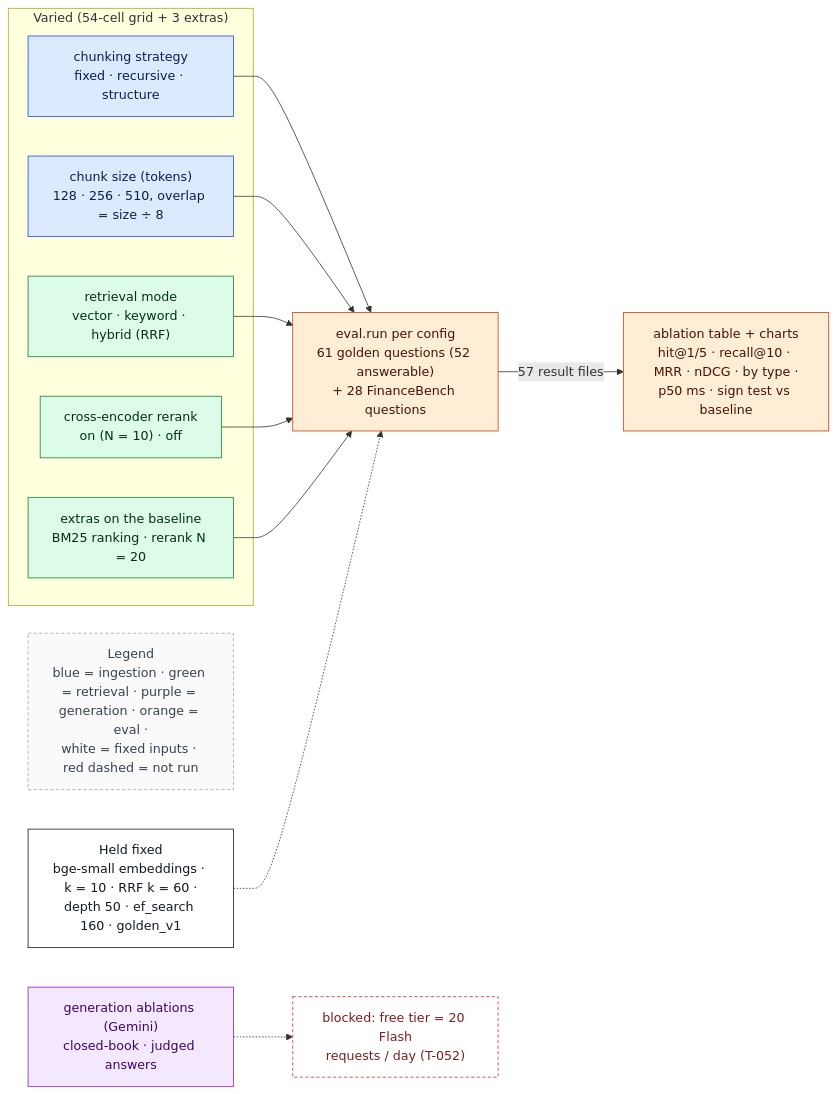
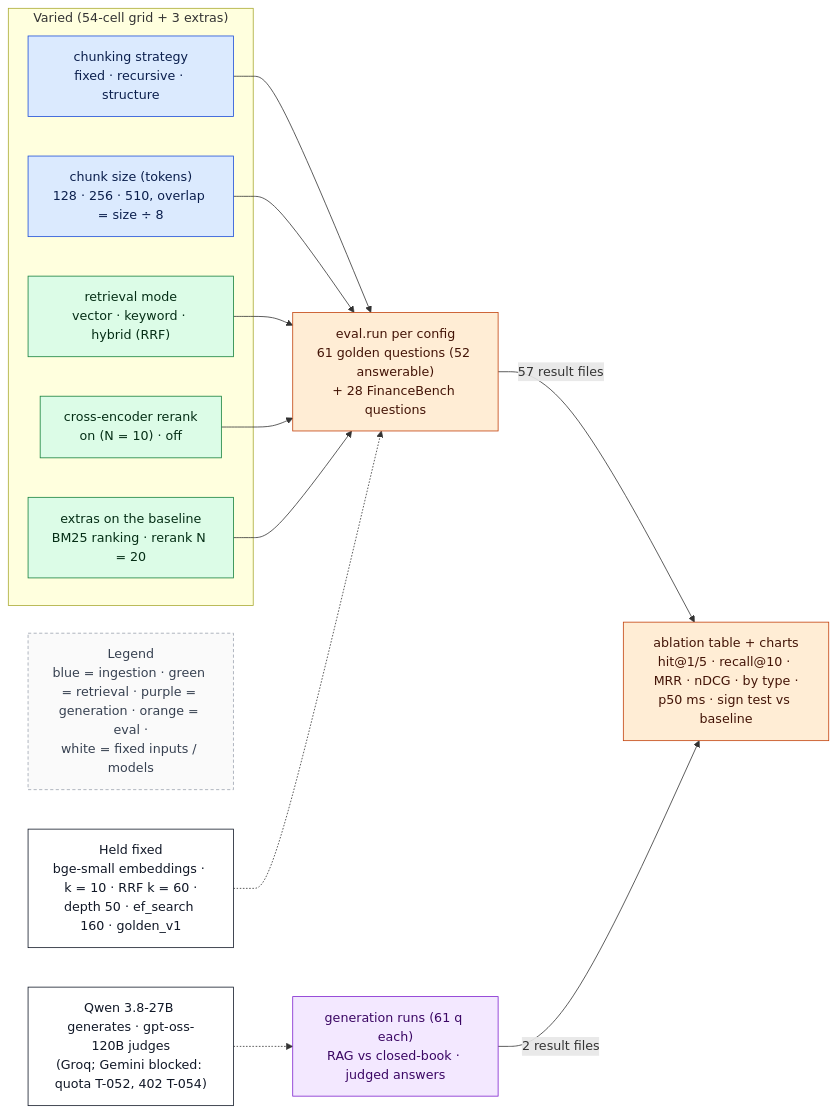
One commit to Deoxy7/rag-assistant changed the diagram in docs/diagrams/src/16-ablation-matrix.mmd. Above: the diagram before and after it, drawn with Mermaid. The commit also changed 69 other files, not shown here.

Commit message:
docs(phase-12): RAG vs closed-book results, README on generator vs judge models, card #37 rewrite, T-054 T-055, P12-09 P12-10

```diff
--- a/docs/diagrams/src/16-ablation-matrix.mmd
+++ b/docs/diagrams/src/16-ablation-matrix.mmd
@@ -1,32 +1,33 @@
 %% Owner: docs/16-experiments-and-ablations.md — what was varied, what was held fixed, what was measured.
 flowchart LR
     classDef ingest fill:#dbeafe,stroke:#1d4ed8,color:#0b1f4d
     classDef retrieve fill:#dcfce7,stroke:#15803d,color:#052e16
     classDef generate fill:#f3e8ff,stroke:#7e22ce,color:#3b0764
     classDef evalc fill:#ffedd5,stroke:#c2410c,color:#431407
     classDef io fill:#ffffff,stroke:#111827,color:#111827
     classDef bad fill:#ffffff,stroke:#dc2626,stroke-dasharray:4 3,color:#7f1d1d
     classDef legend fill:#fafafa,stroke:#9ca3af,stroke-dasharray:4 3,color:#374151
 
     subgraph varied["Varied (54-cell grid + 3 extras)"]
         strat["chunking strategy<br/>fixed · recursive · structure"]:::ingest
         size["chunk size (tokens)<br/>128 · 256 · 510, overlap = size ÷ 8"]:::ingest
         mode["retrieval mode<br/>vector · keyword · hybrid (RRF)"]:::retrieve
         rr["cross-encoder rerank<br/>on (N = 10) · off"]:::retrieve
         extra["extras on the baseline<br/>BM25 ranking · rerank N = 20"]:::retrieve
     end
     fixed["Held fixed<br/>bge-small embeddings · k = 10 · RRF k = 60 ·<br/>depth 50 · ef_search 160 · golden_v1"]:::io
     eval["eval.run per config<br/>61 golden questions (52 answerable)<br/>+ 28 FinanceBench questions"]:::evalc
     out["ablation table + charts<br/>hit@1/5 · recall@10 · MRR · nDCG · by type ·<br/>p50 ms · sign test vs baseline"]:::evalc
-    gen["generation ablations (Gemini)<br/>closed-book · judged answers"]:::generate
-    block["blocked: free tier = 20 Flash<br/>requests / day (T-052)"]:::bad
-    legend["Legend<br/>blue = ingestion · green = retrieval · purple = generation · orange = eval ·<br/>white = fixed inputs · red dashed = not run"]:::legend
+    gen["generation runs (61 q each)<br/>RAG vs closed-book · judged answers"]:::generate
+    models["Qwen 3.8-27B generates · gpt-oss-120B judges<br/>(Groq; Gemini blocked: quota T-052, 402 T-054)"]:::io
+    legend["Legend<br/>blue = ingestion · green = retrieval · purple = generation · orange = eval ·<br/>white = fixed inputs / models"]:::legend
 
     strat --> eval
     size --> eval
     mode --> eval
     rr --> eval
     extra --> eval
     fixed -.-> eval
     eval -->|57 result files| out
-    gen -.-> block
+    models -.-> gen
+    gen -->|2 result files| out
```
